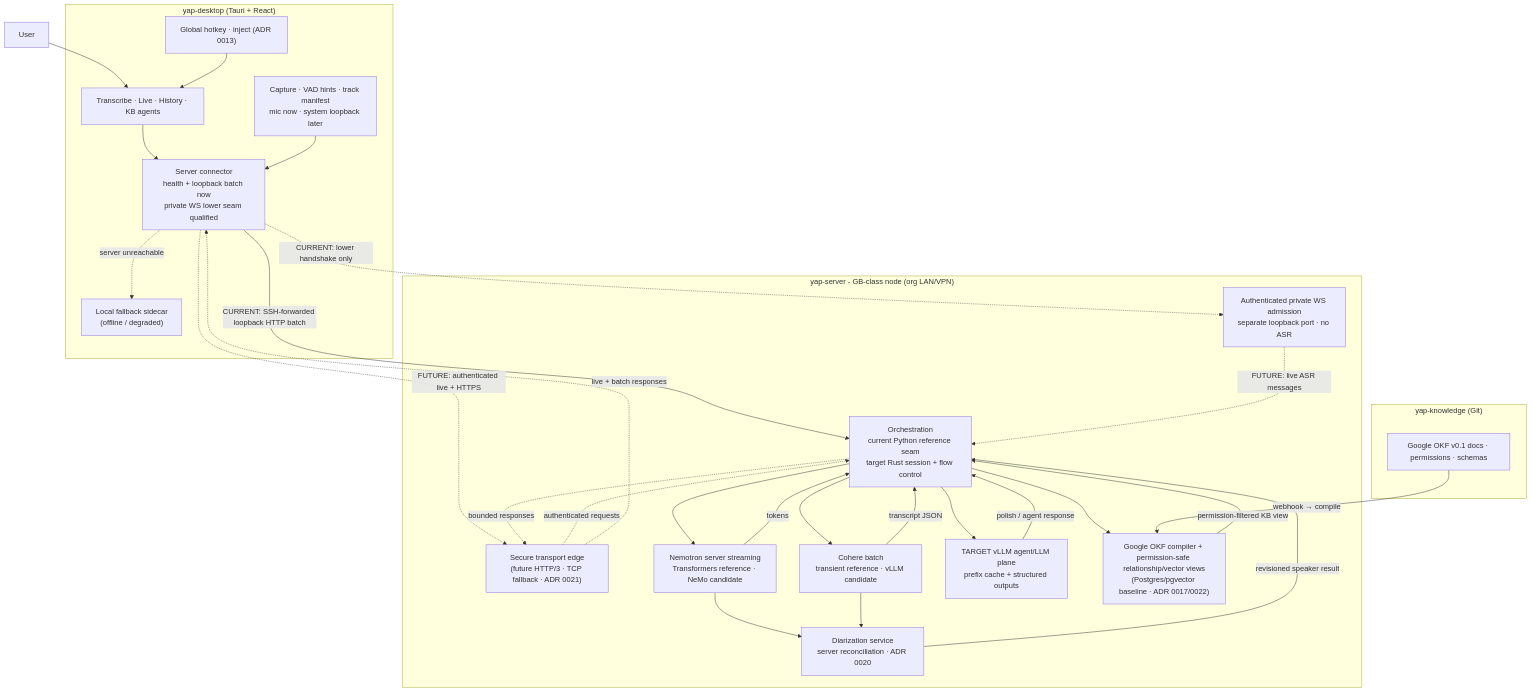
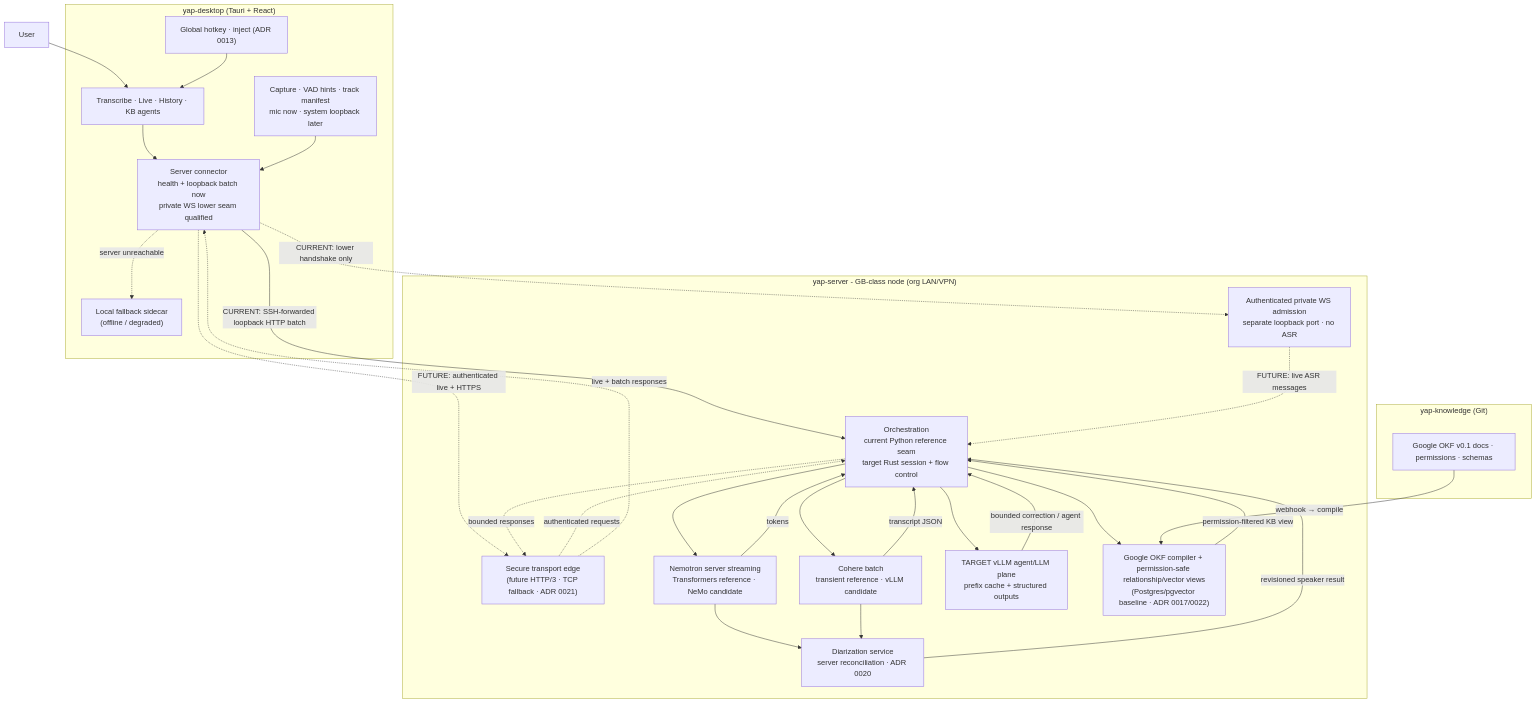
Before and after one commit to ZoOtMcNoOt/yap: the second of 4 diagrams in docs/VOICE-OS-ARCHITECTURE.md, drawn with Mermaid. The commit also changed other lines of this file and 30 other files, not shown here.

````diff
--- a/docs/VOICE-OS-ARCHITECTURE.md
+++ b/docs/VOICE-OS-ARCHITECTURE.md
@@ -301,49 +301,49 @@
 ```mermaid
 flowchart TB
     User["User"]
 
     subgraph Client["yap-desktop (Tauri + React)"]
         UI["Transcribe · Live · History · KB agents"]
         Mic["Capture · VAD hints · track manifest<br/>mic now · system loopback later"]
         Hotkey["Global hotkey · inject (ADR 0013)"]
         Conn["Server connector\nhealth + loopback batch now\nprivate WS lower seam qualified"]
         LocalFB["Local fallback sidecar\n(offline / degraded)"]
     end
 
     subgraph Server["yap-server - GB-class node (org LAN/VPN)"]
         Edge["Secure transport edge\n(future HTTP/3 · TCP fallback · ADR 0021)"]
         LiveAdmission["Authenticated private WS admission\nseparate loopback port · no ASR"]
         Router["Orchestration\ncurrent Python reference seam\ntarget Rust session + flow control"]
         ASR["Nemotron server streaming\nTransformers reference · NeMo candidate"]
         Batch["Cohere batch\ntransient reference · vLLM candidate"]
         LLM["TARGET vLLM agent/LLM plane\nprefix cache + structured outputs"]
         Diar["Diarization service\nserver reconciliation · ADR 0020"]
         KB["Google OKF compiler + permission-safe relationship/vector views\n(Postgres/pgvector baseline · ADR 0017/0022)"]
     end
 
     subgraph KBRepo["yap-knowledge (Git)"]
         KBData["Google OKF v0.1 docs · permissions · schemas"]
     end
 
     User --> UI
     UI --> Conn
     Mic --> Conn
     Conn -->|"CURRENT: SSH-forwarded loopback HTTP batch"| Router
     Conn -.->|"CURRENT: lower handshake only"| LiveAdmission
     LiveAdmission -.->|"FUTURE: live ASR messages"| Router
     Conn -.->|"FUTURE: authenticated live + HTTPS"| Edge
     Edge -.->|"authenticated requests"| Router
     Router -.->|"bounded responses"| Edge
     Edge -.->|"live + batch responses"| Conn
     Router --> ASR & Batch & LLM
     ASR & Batch --> Diar
     ASR -->|"tokens"| Router
     Diar -->|"revisioned speaker result"| Router
     Batch -->|"transcript JSON"| Router
-    LLM -->|"polish / agent response"| Router
+    LLM -->|"bounded correction / agent response"| Router
     Router --> KB
     KB -->|"permission-filtered KB view"| Router
     KBData -->|"webhook → compile"| KB
     Conn -.->|"server unreachable"| LocalFB
     Hotkey --> UI
 ```
````
